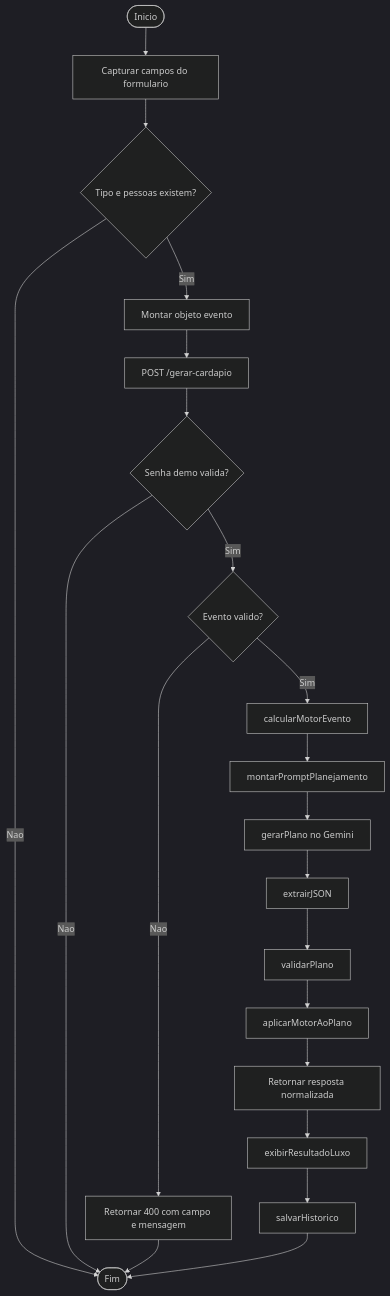
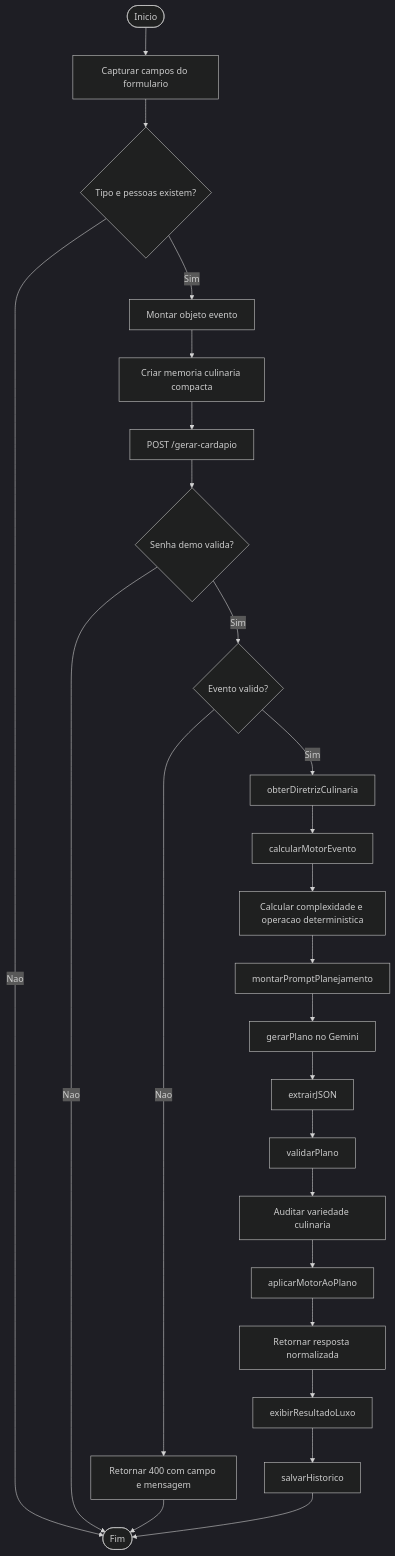
One commit to samuelescoval-tech/app-cardapio-ia changed the second of 7 diagrams in docs/FLUXOS_DE_PROCESSO.md. Above: the diagram before and after it, drawn with Mermaid (dark theme). The commit also changed other lines of this file and 48 other files, not shown here.

````diff
--- a/docs/FLUXOS_DE_PROCESSO.md
+++ b/docs/FLUXOS_DE_PROCESSO.md
@@ -121,42 +125,50 @@
 ```mermaid
 flowchart TD
     inicio([Inicio])
     capturar["Capturar campos do formulario"]
     validarMinimo{"Tipo e pessoas existem?"}
     montarEvento["Montar objeto evento"]
+    memoria["Criar memoria culinaria compacta"]
     enviar["POST /gerar-cardapio"]
     validarSenha{"Senha demo valida?"}
     validarEvento{"Evento valido?"}
     erroEntrada["Retornar 400 com campo e mensagem"]
+    selecionarMatriz["obterDiretrizCulinaria"]
     calcularMotor["calcularMotorEvento"]
+    calcularOperacao["Calcular complexidade e operacao deterministica"]
     montarPrompt["montarPromptPlanejamento"]
     chamarGemini["gerarPlano no Gemini"]
     extrair["extrairJSON"]
     validarPlano["validarPlano"]
+    auditarVariedade["Auditar variedade culinaria"]
     aplicarMotor["aplicarMotorAoPlano"]
     responder["Retornar resposta normalizada"]
     renderizar["exibirResultadoLuxo"]
     salvar["salvarHistorico"]
     fim([Fim])
 
     inicio --> capturar
     capturar --> validarMinimo
     validarMinimo -->|"Nao"| fim
     validarMinimo -->|"Sim"| montarEvento
-    montarEvento --> enviar
+    montarEvento --> memoria
+    memoria --> enviar
     enviar --> validarSenha
     validarSenha -->|"Nao"| fim
     validarSenha -->|"Sim"| validarEvento
     validarEvento -->|"Nao"| erroEntrada
     erroEntrada --> fim
-    validarEvento -->|"Sim"| calcularMotor
-    calcularMotor --> montarPrompt
+    validarEvento -->|"Sim"| selecionarMatriz
+    selecionarMatriz --> calcularMotor
+    calcularMotor --> calcularOperacao
+    calcularOperacao --> montarPrompt
     montarPrompt --> chamarGemini
     chamarGemini --> extrair
     extrair --> validarPlano
-    validarPlano --> aplicarMotor
+    validarPlano --> auditarVariedade
+    auditarVariedade --> aplicarMotor
     aplicarMotor --> responder
     responder --> renderizar
     renderizar --> salvar
     salvar --> fim
 ```
````
